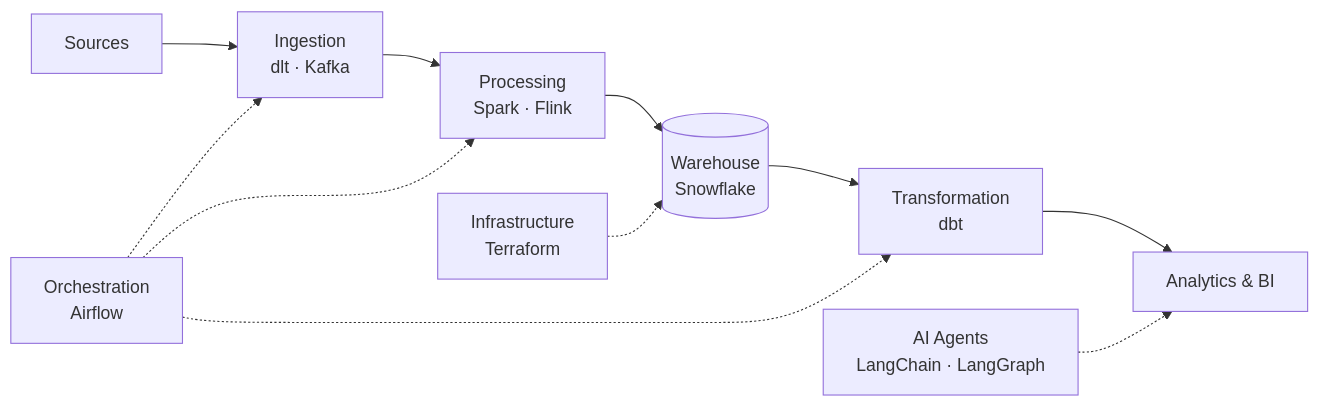
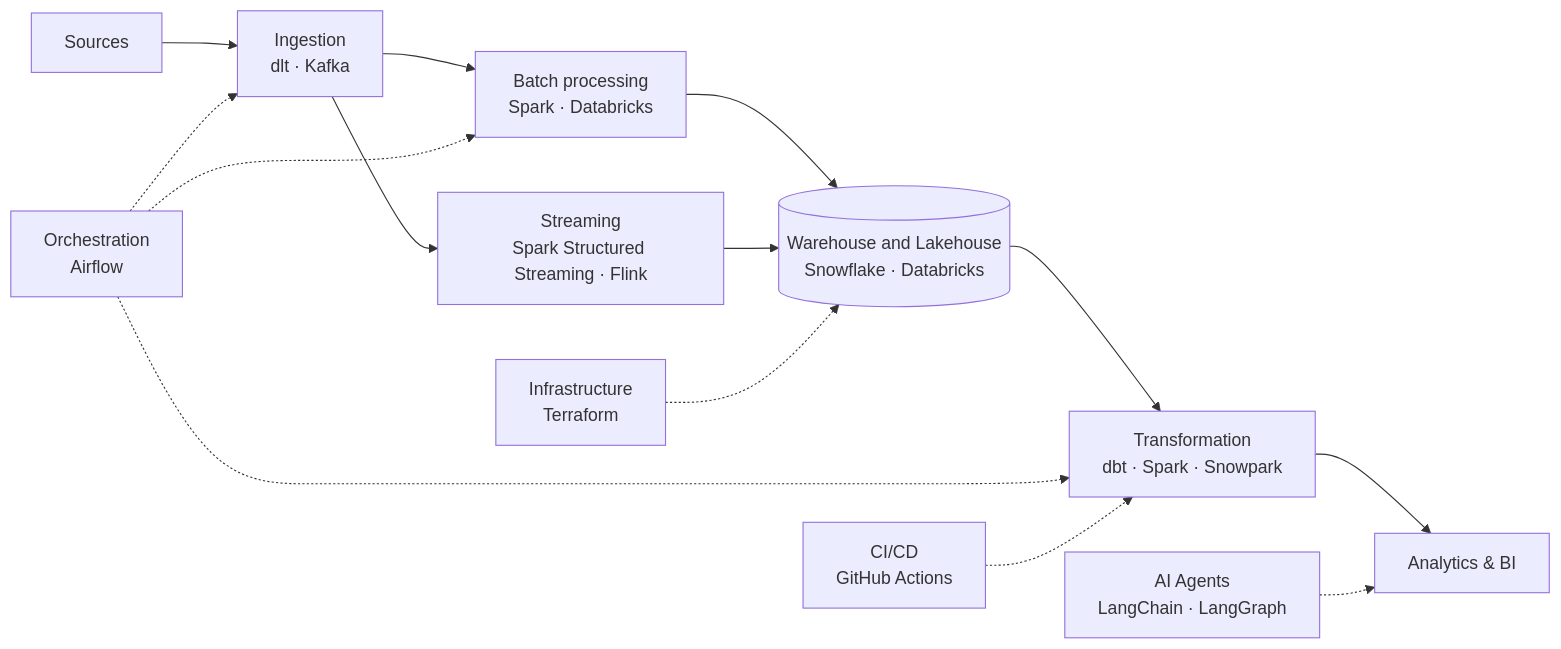
Before and after one commit to OlawoyeTaofeek/DataEngineering-Vs-AnalyticalEngineeringGuide: the diagram in README.md, drawn with Mermaid. The commit also changed other lines of this file, not shown here.

Commit message:
Mastering SQL, Snowflakes, DBT, Apache Spark, Terraform, Airflow, dlt, Pandas, Kafka, Flink, and AI Agents(Langchain & LangGraph)

````diff
--- a/README.md
+++ b/README.md
@@ -44,13 +57,16 @@
 ```mermaid
 flowchart LR
     A[Sources] --> B[Ingestion<br/>dlt · Kafka]
-    B --> C[Processing<br/>Spark · Flink]
-    C --> D[(Warehouse<br/>Snowflake)]
-    D --> E[Transformation<br/>dbt]
+    B --> C[Batch processing<br/>Spark · Databricks]
+    B --> S[Streaming<br/>Spark Structured Streaming · Flink]
+    C --> D[(Warehouse and Lakehouse<br/>Snowflake · Databricks)]
+    S --> D
+    D --> E[Transformation<br/>dbt · Spark · Snowpark]
     E --> F[Analytics & BI]
     G[Orchestration<br/>Airflow] -.-> B
     G -.-> C
     G -.-> E
     H[Infrastructure<br/>Terraform] -.-> D
-    I[AI Agents<br/>LangChain · LangGraph] -.-> F
+    I[CI/CD<br/>GitHub Actions] -.-> E
+    J[AI Agents<br/>LangChain · LangGraph] -.-> F
 ```
````
